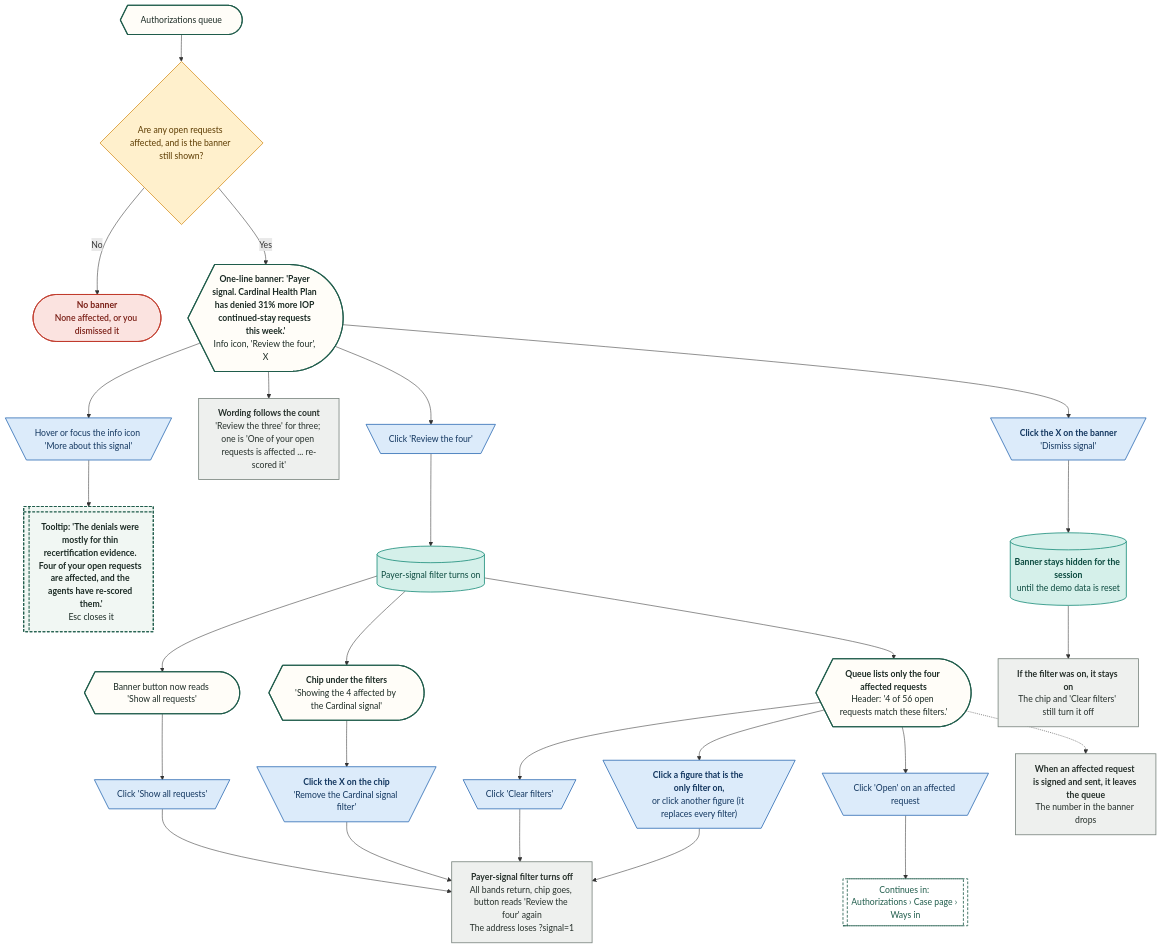
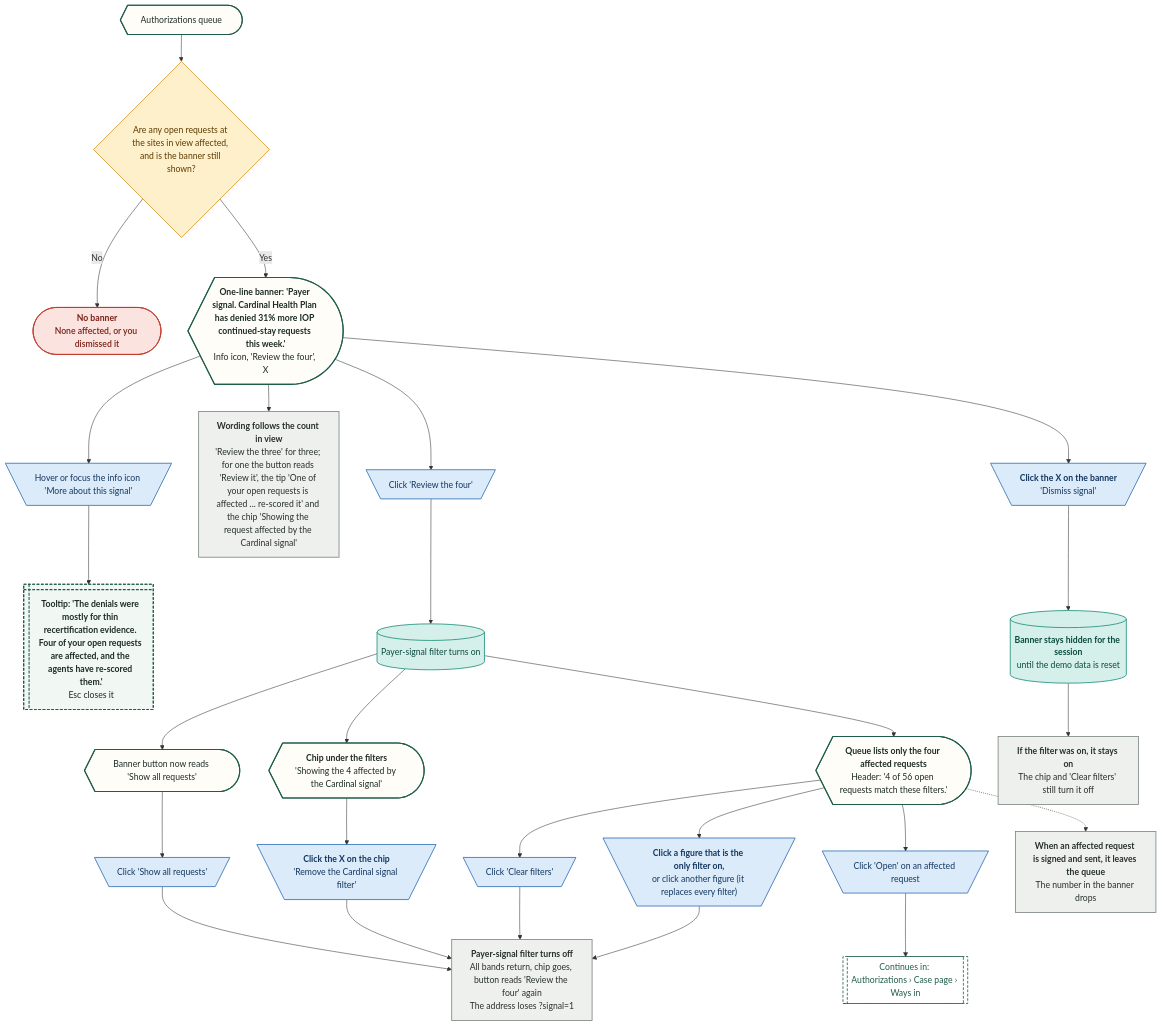
The eighth of 33 diagrams in demos/prior-auth-demo/workflows/out/md/03-authorizations.md (Shrav143/psyfloapp), drawn with Mermaid before and after one commit. The commit also changed other lines of this file and 251 other files, not shown here.

First line of the commit message:
docs: rebuild the workflow diagrams (291) for round 4

````diff
--- a/demos/prior-auth-demo/workflows/out/md/03-authorizations.md
+++ b/demos/prior-auth-demo/workflows/out/md/03-authorizations.md
@@ -483,65 +659,65 @@
 ```mermaid
 %%{init: {"theme":"base","themeVariables":{"fontFamily":"'DM Sans', 'Segoe UI', system-ui, sans-serif","fontSize":"15px","lineColor":"#5B6B63","primaryTextColor":"#1C2B25","clusterBkg":"#FBF8F3","clusterBorder":"#D9CDBB","edgeLabelBackground":"#FFFFFF"},"flowchart":{"curve":"basis","nodeSpacing":36,"rankSpacing":48,"padding":12,"htmlLabels":true,"useMaxWidth":false,"wrappingWidth":230}} }%%
 flowchart TD
   classDef k_start fill:#1F5C4B,stroke:#174638,color:#FFFFFF,stroke-width:1.5px,font-weight:600
   classDef k_end fill:#DDEFE3,stroke:#2E7D4F,color:#14502F,stroke-width:1.5px,font-weight:600
   classDef k_endx fill:#FBE3E0,stroke:#C0392B,color:#7A1F16,stroke-width:1.5px,font-weight:600
   classDef k_screen fill:#FFFDF8,stroke:#1F5C4B,color:#1C2B25,stroke-width:2px
   classDef k_overlay fill:#F1F7F3,stroke:#1F5C4B,color:#1C2B25,stroke-width:2px,stroke-dasharray:5 3
   classDef k_click fill:#DCEBFA,stroke:#2F6DB5,color:#12365F,stroke-width:1.5px
   classDef k_input fill:#E4E7FF,stroke:#4C5FD5,color:#1D2670,stroke-width:1.5px
   classDef k_process fill:#EEF0EE,stroke:#7A857F,color:#26302B,stroke-width:1.5px
   classDef k_agent fill:#EEE5FA,stroke:#7A4FC2,color:#341A63,stroke-width:1.5px
   classDef k_decision fill:#FFF0CC,stroke:#D9962B,color:#5C3B00,stroke-width:1.5px
   classDef k_store fill:#D5F0EA,stroke:#1C8E7B,color:#0B4A3F,stroke-width:1.5px
   classDef k_doc fill:#F6E9DC,stroke:#B07A4C,color:#4A2E14,stroke-width:1.5px
   classDef k_ext fill:#FFE6D2,stroke:#E07B39,color:#6B2F06,stroke-width:1.5px
   classDef k_wait fill:#E4E8EE,stroke:#6B7C93,color:#26303D,stroke-width:1.5px
   classDef k_toast fill:#FFF9DB,stroke:#C9A400,color:#5A4A00,stroke-width:1.5px
   classDef k_goto fill:#FFFFFF,stroke:#1F5C4B,color:#1F5C4B,stroke-width:1.5px,stroke-dasharray:5 3
   q@{ shape: curv-trap, label: "Authorizations queue" }
-  d0@{ shape: diam, label: "Are any open requests affected, and is the banner still shown?" }
+  d0@{ shape: diam, label: "Are any open requests at the sites in view affected, and is the banner still shown?" }
   e0@{ shape: stadium, label: "<b>No banner</b><br/>None affected, or you dismissed it" }
   bn@{ shape: curv-trap, label: "<b>One-line banner: 'Payer signal. Cardinal Health Plan has denied 31% more IOP continued-stay requests this week.'</b><br/>Info icon, 'Review the four', X" }
   inf@{ shape: trap-t, label: "Hover or focus the info icon 'More about this signal'" }
   tip@{ shape: win-pane, label: "<b>Tooltip: 'The denials were mostly for thin recertification evidence. Four of your open requests are affected, and the agents have re-scored them.'</b><br/>Esc closes it" }
-  wd@{ shape: rect, label: "<b>Wording follows the count</b><br/>'Review the three' for three; one is 'One of your open requests is affected ... re-scored it'" }
+  wd@{ shape: rect, label: "<b>Wording follows the count in view</b><br/>'Review the three' for three; for one the button reads 'Review it', the tip 'One of your open requests is affected ... re-scored it' and the chip 'Showing the request affected by the Cardinal signal'" }
   r@{ shape: trap-t, label: "Click 'Review the four'" }
   sf@{ shape: cyl, label: "Payer-signal filter turns on" }
   ls@{ shape: curv-trap, label: "<b>Queue lists only the four affected requests</b><br/>Header: '4 of 56 open requests match these filters.'" }
   chip@{ shape: curv-trap, label: "<b>Chip under the filters</b><br/>'Showing the 4 affected by the Cardinal signal'" }
   bb@{ shape: curv-trap, label: "Banner button now reads 'Show all requests'" }
   sa@{ shape: trap-t, label: "Click 'Show all requests'" }
   cx@{ shape: trap-t, label: "<b>Click the X on the chip</b><br/>'Remove the Cardinal signal filter'" }
   cf@{ shape: trap-t, label: "Click 'Clear filters'" }
   tl@{ shape: trap-t, label: "<b>Click a figure that is the only filter on,</b><br/>or click another figure (it replaces every filter)" }
   off@{ shape: rect, label: "<b>Payer-signal filter turns off</b><br/>All bands return, chip goes, button reads 'Review the four' again<br/>The address loses ?signal=1" }
   dis@{ shape: trap-t, label: "<b>Click the X on the banner</b><br/>'Dismiss signal'" }
   hid@{ shape: cyl, label: "<b>Banner stays hidden for the session</b><br/>until the demo data is reset" }
   stay@{ shape: rect, label: "<b>If the filter was on, it stays on</b><br/>The chip and 'Clear filters' still turn it off" }
   op@{ shape: trap-t, label: "Click 'Open' on an affected request" }
   gC@{ shape: subproc, label: "Continues in: Authorizations › Case page › Ways in" }
   sh@{ shape: rect, label: "<b>When an affected request is signed and sent, it leaves the queue</b><br/>The number in the banner drops" }
   q --> d0
   d0 -->|"No"| e0
   d0 -->|"Yes"| bn --> wd
   bn --> inf --> tip
   bn --> r --> sf --> ls
   sf --> chip
   sf --> bb
   bb --> sa --> off
   chip --> cx --> off
   ls --> cf --> off
   ls --> tl --> off
   bn --> dis --> hid --> stay
   ls --> op --> gC
   ls -.-> sh
   class q,bn,ls,chip,bb k_screen
   class d0 k_decision
   class e0 k_endx
   class inf,r,sa,cx,cf,tl,dis,op k_click
   class tip k_overlay
   class wd,off,stay,sh k_process
   class sf,hid k_store
   class gC k_goto
 ```
````
